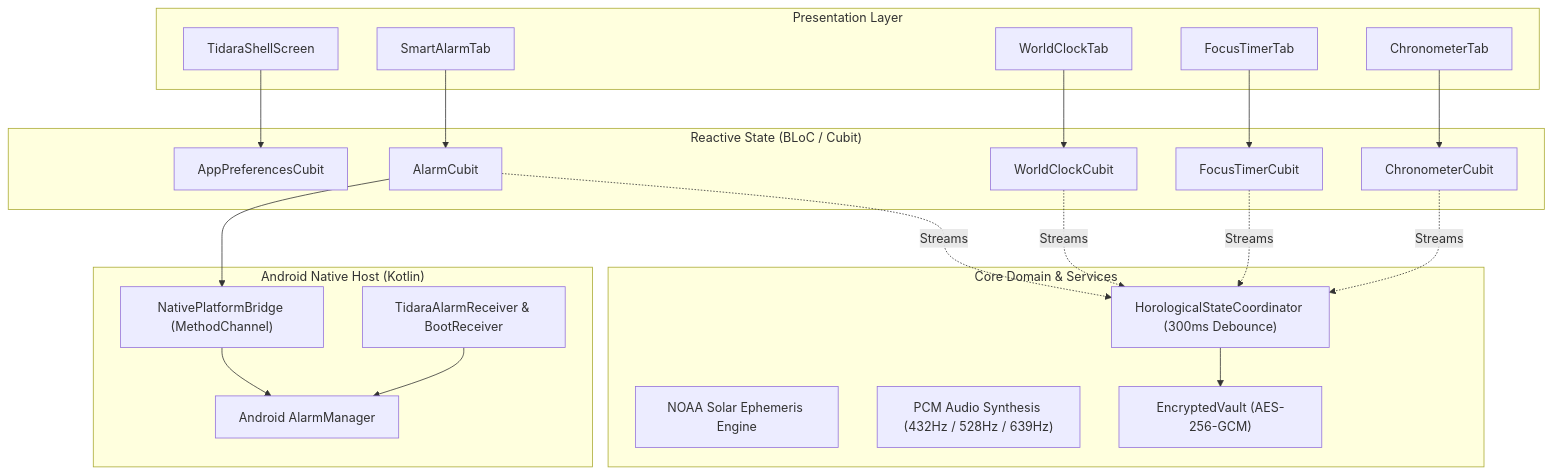
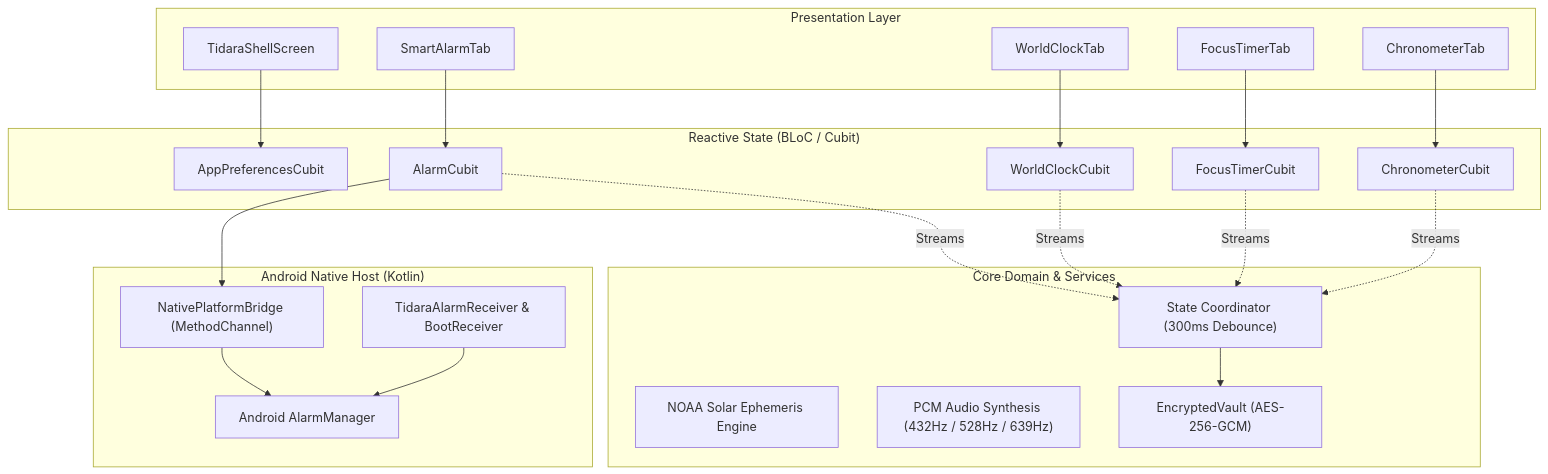
Before and after one commit to NaveenSuresh07/tidara_smartclock: the diagram in README.md, drawn with Mermaid. The commit also changed other lines of this file, not shown here.

Commit message:
docs: fix README city count, install note, How I Built This, diagram label, and landing page links

````diff
--- a/README.md
+++ b/README.md
@@ -103,47 +109,47 @@
 ```mermaid
 flowchart TD
     subgraph UI ["Presentation Layer"]
         Shell["TidaraShellScreen"]
         AlarmTab["SmartAlarmTab"]
         WorldTab["WorldClockTab"]
         FocusTab["FocusTimerTab"]
         ChronoTab["ChronometerTab"]
     end
 
     subgraph State ["Reactive State (BLoC / Cubit)"]
         PrefCubit["AppPreferencesCubit"]
         AlarmCubit["AlarmCubit"]
         WorldCubit["WorldClockCubit"]
         FocusCubit["FocusTimerCubit"]
         ChronoCubit["ChronometerCubit"]
     end
 
     subgraph Core ["Core Domain & Services"]
-        Coord["HorologicalStateCoordinator (300ms Debounce)"]
+        Coord["State Coordinator (300ms Debounce)"]
         Ephem["NOAA Solar Ephemeris Engine"]
         Audio["PCM Audio Synthesis (432Hz / 528Hz / 639Hz)"]
         Vault["EncryptedVault (AES-256-GCM)"]
     end
 
     subgraph Native ["Android Native Host (Kotlin)"]
         Bridge["NativePlatformBridge (MethodChannel)"]
         AlarmMgr["Android AlarmManager"]
         Receiver["TidaraAlarmReceiver & BootReceiver"]
     end
 
     Shell --> PrefCubit
     AlarmTab --> AlarmCubit
     WorldTab --> WorldCubit
     FocusTab --> FocusCubit
     ChronoTab --> ChronoCubit
 
     AlarmCubit -. Streams .-> Coord
     WorldCubit -. Streams .-> Coord
     FocusCubit -. Streams .-> Coord
     ChronoCubit -. Streams .-> Coord
 
     Coord --> Vault
     AlarmCubit --> Bridge
     Bridge --> AlarmMgr
     Receiver --> AlarmMgr
 ```
````
